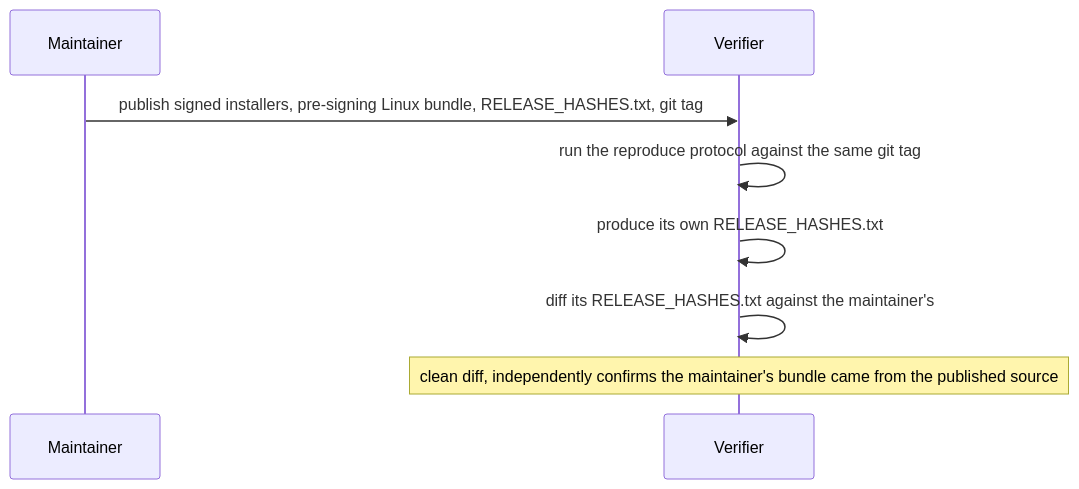
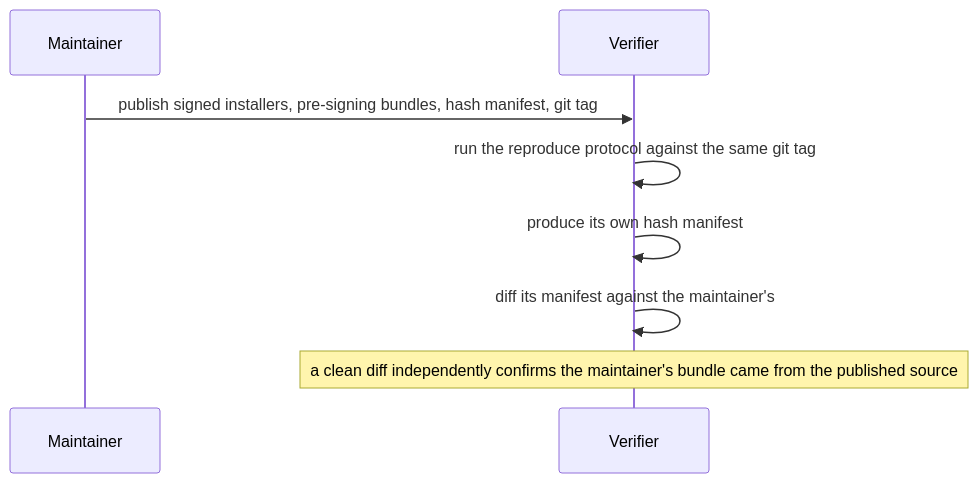
Before and after one commit to XChain-Platform/xchain-documentation: the diagram in components/wallet/reproducible-builds.md, drawn with Mermaid. The commit also changed other lines of this file and 33 other files, not shown here.

````diff
--- a/components/wallet/reproducible-builds.md
+++ b/components/wallet/reproducible-builds.md
@@ -100,13 +196,13 @@
 ```mermaid
 sequenceDiagram
     participant Maintainer
     participant Verifier
 
-    Maintainer->>Verifier: publish signed installers, pre-signing Linux bundle, RELEASE_HASHES.txt, git tag
+    Maintainer->>Verifier: publish signed installers, pre-signing bundles, hash manifest, git tag
 
     Verifier->>Verifier: run the reproduce protocol against the same git tag
-    Verifier->>Verifier: produce its own RELEASE_HASHES.txt
-    Verifier->>Verifier: diff its RELEASE_HASHES.txt against the maintainer's
+    Verifier->>Verifier: produce its own hash manifest
+    Verifier->>Verifier: diff its manifest against the maintainer's
 
-    Note over Verifier: clean diff, independently confirms the maintainer's bundle came from the published source
+    Note over Verifier: a clean diff independently confirms the maintainer's bundle came from the published source
 ```
````
